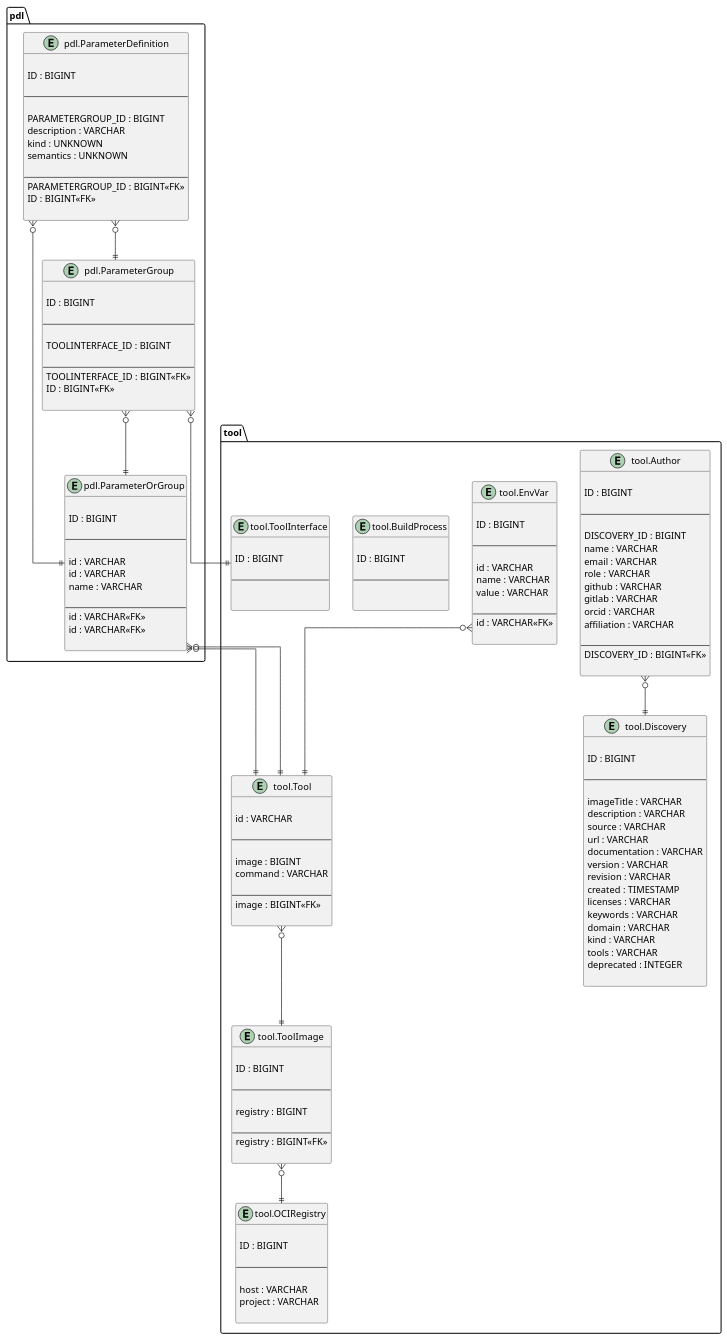
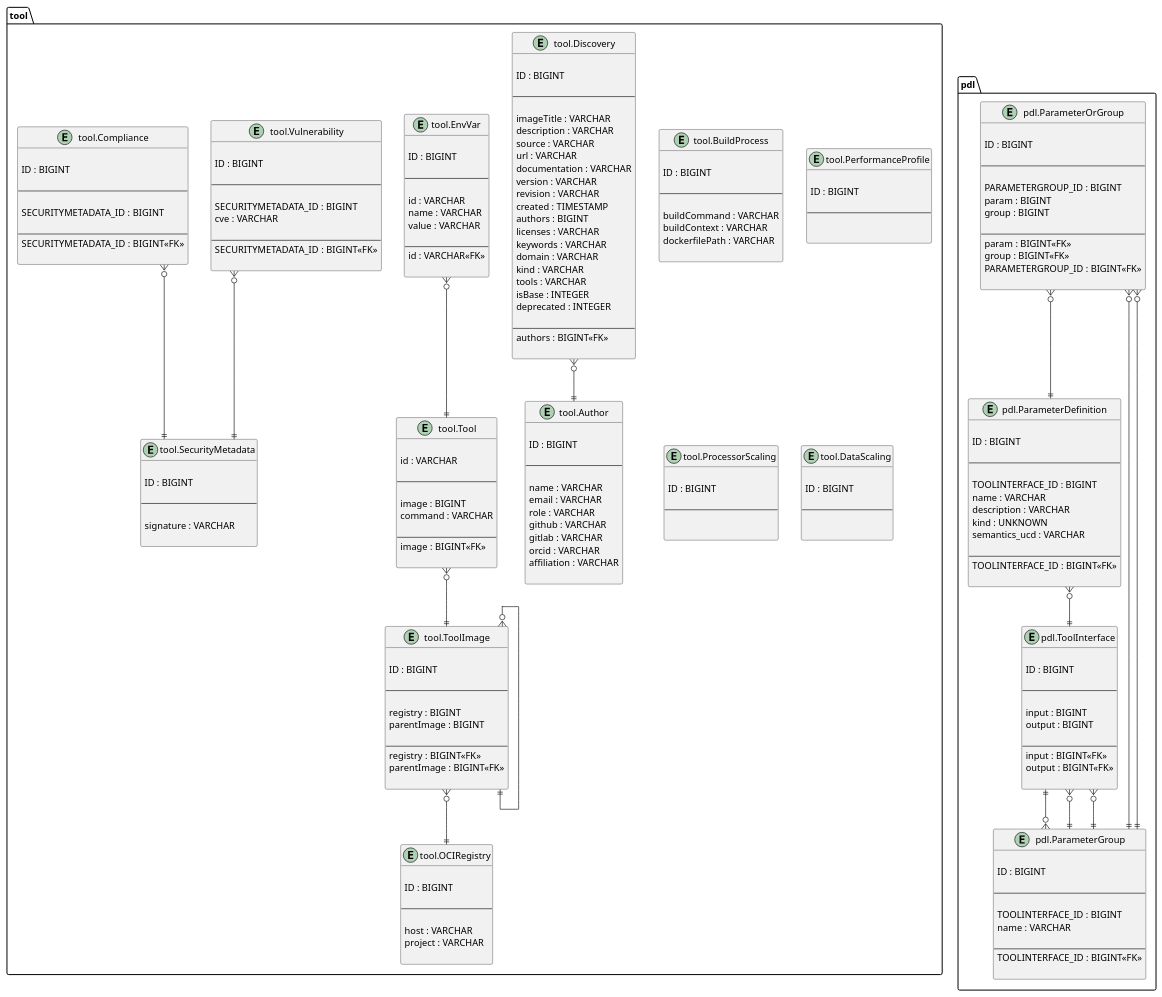
Before and after one commit to pahjbo/ExecutionDM: the diagram in generated/schema/ToolDM-v1.vo-dml.tap.plantuml, drawn with PlantUML. The commit also changed 190 other files, not shown here.

```diff
--- a/generated/schema/ToolDM-v1.vo-dml.tap.plantuml
+++ b/generated/schema/ToolDM-v1.vo-dml.tap.plantuml
@@ -14,17 +14,13 @@
 
 ---
 
-    DISCOVERY_ID : BIGINT
-name : VARCHAR
+    name : VARCHAR
 email : VARCHAR
 role : VARCHAR
 github : VARCHAR
 gitlab : VARCHAR
 orcid : VARCHAR
 affiliation : VARCHAR
-
----
-      DISCOVERY_ID : BIGINT<<FK>>
 
 }
 
@@ -53,12 +49,17 @@
 version : VARCHAR
 revision : VARCHAR
 created : TIMESTAMP
+authors : BIGINT
 licenses : VARCHAR
 keywords : VARCHAR
 domain : VARCHAR
 kind : VARCHAR
 tools : VARCHAR
+isBase : INTEGER
 deprecated : INTEGER
+
+---
+      authors : BIGINT<<FK>>
 
 }
 
@@ -77,6 +78,43 @@
 
 }
 
+entity "tool.Vulnerability" as tool.Vulnerability {
+
+    ID : BIGINT
+
+---
+
+    SECURITYMETADATA_ID : BIGINT
+cve : VARCHAR
+
+---
+      SECURITYMETADATA_ID : BIGINT<<FK>>
+
+}
+
+entity "tool.Compliance" as tool.Compliance {
+
+    ID : BIGINT
+
+---
+
+    SECURITYMETADATA_ID : BIGINT
+
+---
+      SECURITYMETADATA_ID : BIGINT<<FK>>
+
+}
+
+entity "tool.SecurityMetadata" as tool.SecurityMetadata {
+
+    ID : BIGINT
+
+---
+
+    signature : VARCHAR
+
+}
+
 entity "tool.ToolImage" as tool.ToolImage {
 
     ID : BIGINT
@@ -84,9 +122,11 @@
 ---
 
     registry : BIGINT
+parentImage : BIGINT
 
 ---
       registry : BIGINT<<FK>>
+parentImage : BIGINT<<FK>>
 
 }
 
@@ -96,16 +136,10 @@
 
 ---
 
-    
-}
+    buildCommand : VARCHAR
+buildContext : VARCHAR
+dockerfilePath : VARCHAR
 
-entity "tool.ToolInterface" as tool.ToolInterface {
-
-    ID : BIGINT
-
----
-
-    
 }
 
 entity "tool.Tool" as tool.Tool {
@@ -122,20 +156,31 @@
 
 }
 
-entity "pdl.ParameterOrGroup" as pdl.ParameterOrGroup {
+entity "tool.PerformanceProfile" as tool.PerformanceProfile {
 
     ID : BIGINT
 
 ---
 
-    id : VARCHAR
-id : VARCHAR
-name : VARCHAR
+    
+}
+
+entity "tool.ProcessorScaling" as tool.ProcessorScaling {
+
+    ID : BIGINT
 
 ---
-      id : VARCHAR<<FK>>
-id : VARCHAR<<FK>>
 
+    
+}
+
+entity "tool.DataScaling" as tool.DataScaling {
+
+    ID : BIGINT
+
+---
+
+    
 }
 
 entity "pdl.ParameterDefinition" as pdl.ParameterDefinition {
@@ -144,14 +189,14 @@
 
 ---
 
-    PARAMETERGROUP_ID : BIGINT
+    TOOLINTERFACE_ID : BIGINT
+name : VARCHAR
 description : VARCHAR
 kind : UNKNOWN
-semantics : UNKNOWN
+semantics_ucd : VARCHAR
 
 ---
-      PARAMETERGROUP_ID : BIGINT<<FK>>
-ID : BIGINT<<FK>>
+      TOOLINTERFACE_ID : BIGINT<<FK>>
 
 }
 
@@ -162,24 +207,60 @@
 ---
 
     TOOLINTERFACE_ID : BIGINT
+name : VARCHAR
 
 ---
       TOOLINTERFACE_ID : BIGINT<<FK>>
-ID : BIGINT<<FK>>
+
+}
+
+entity "pdl.ParameterOrGroup" as pdl.ParameterOrGroup {
+
+    ID : BIGINT
+
+---
+
+    PARAMETERGROUP_ID : BIGINT
+param : BIGINT
+group : BIGINT
+
+---
+      param : BIGINT<<FK>>
+group : BIGINT<<FK>>
+PARAMETERGROUP_ID : BIGINT<<FK>>
+
+}
+
+entity "pdl.ToolInterface" as pdl.ToolInterface {
+
+    ID : BIGINT
+
+---
+
+    input : BIGINT
+output : BIGINT
+
+---
+      input : BIGINT<<FK>>
+output : BIGINT<<FK>>
 
 }
 
 
-        tool.Author }o--||tool.Discovery
+        tool.Discovery }o--||tool.Author
 tool.EnvVar }o--||tool.Tool
+tool.Vulnerability }o--||tool.SecurityMetadata
+tool.Compliance }o--||tool.SecurityMetadata
 tool.ToolImage }o--||tool.OCIRegistry
+tool.ToolImage }o--||tool.ToolImage
 tool.Tool }o--||tool.ToolImage
-pdl.ParameterOrGroup }o--||tool.Tool
-pdl.ParameterOrGroup }o--||tool.Tool
-pdl.ParameterDefinition }o--||pdl.ParameterGroup
-pdl.ParameterDefinition }o--||pdl.ParameterOrGroup
-pdl.ParameterGroup }o--||tool.ToolInterface
-pdl.ParameterGroup }o--||pdl.ParameterOrGroup
+pdl.ParameterDefinition }o--||pdl.ToolInterface
+pdl.ParameterGroup }o--||pdl.ToolInterface
+pdl.ParameterOrGroup }o--||pdl.ParameterDefinition
+pdl.ParameterOrGroup }o--||pdl.ParameterGroup
+pdl.ParameterOrGroup }o--||pdl.ParameterGroup
+pdl.ToolInterface }o--||pdl.ParameterGroup
+pdl.ToolInterface }o--||pdl.ParameterGroup
 
 
 
```
